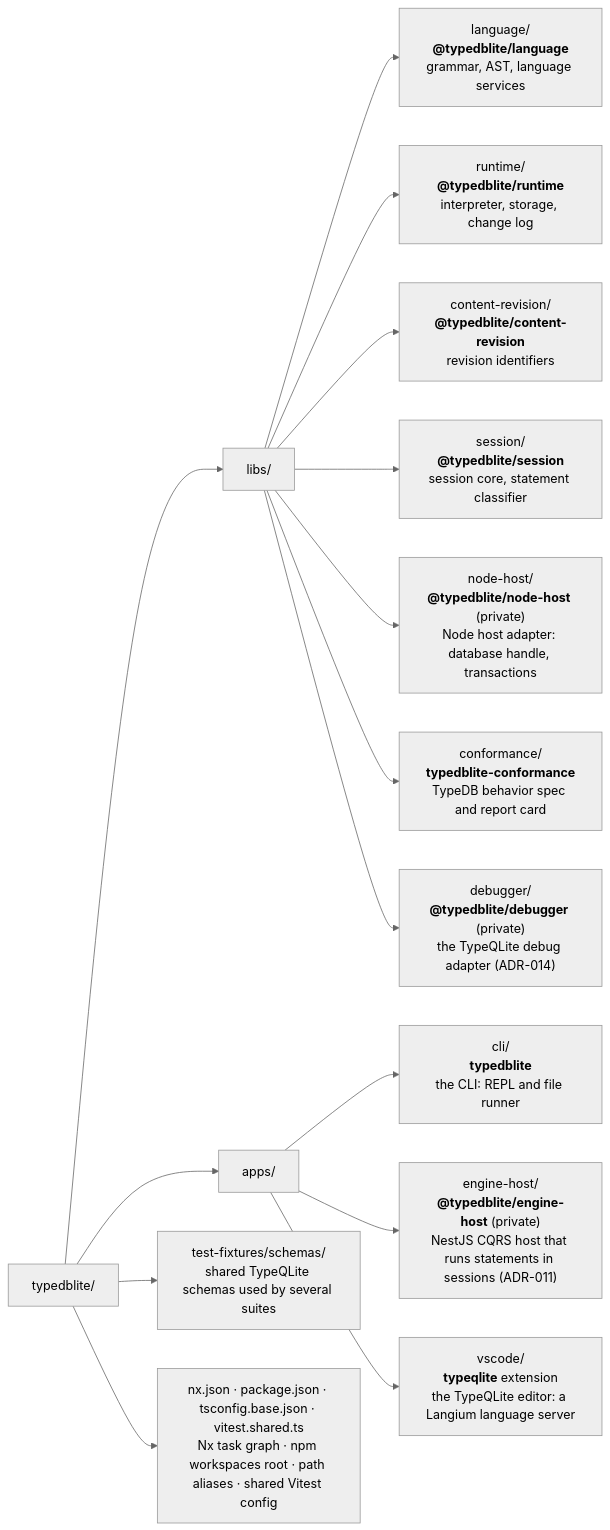
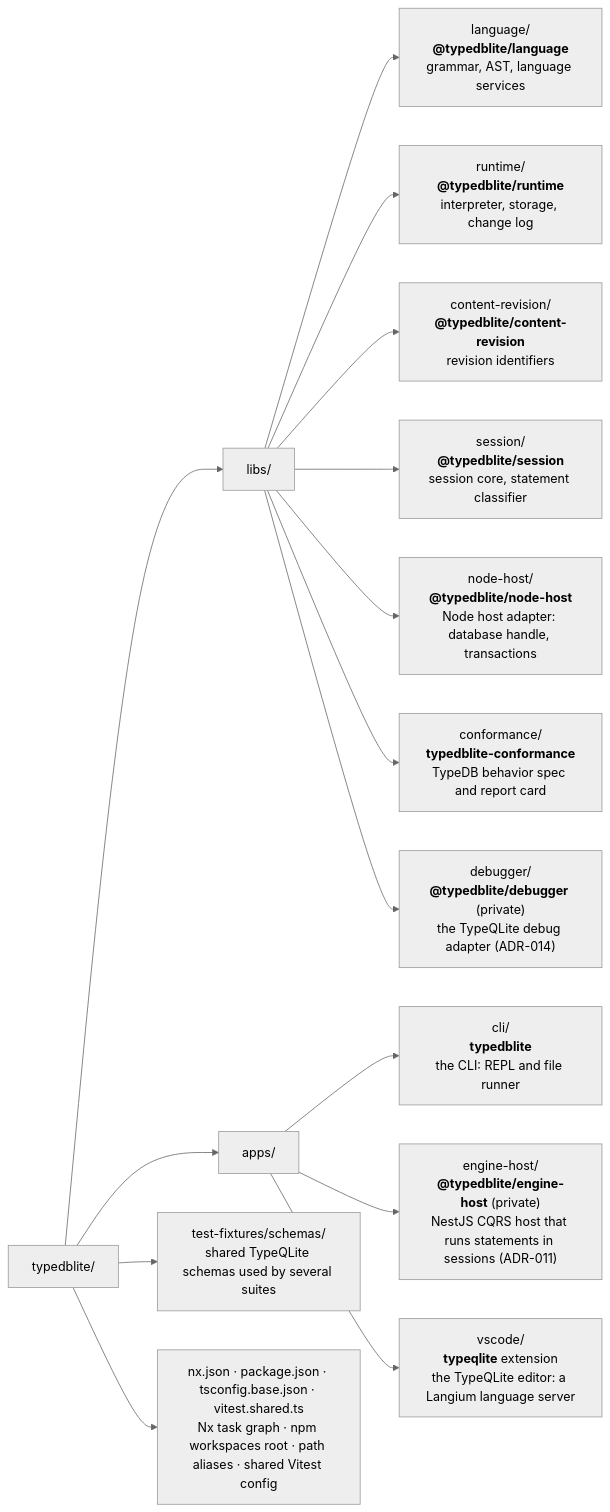
Before and after one commit to typedblite/typedblite: the first of 2 diagrams in AGENTS.md, drawn with Mermaid (neutral theme). The commit also changed other lines of this file and 16 other files, not shown here.

First line of the commit message:
build(node-host): publish @typedblite/node-host to npm

````diff
--- a/AGENTS.md
+++ b/AGENTS.md
@@ -9,17 +9,17 @@
 ```mermaid
 flowchart LR
   root["typedblite/"] --> libs["libs/"]
   root --> apps["apps/"]
   root --> fixtures["test-fixtures/schemas/<br/>shared TypeQLite schemas used by several suites"]
   root --> config["nx.json · package.json · tsconfig.base.json · vitest.shared.ts<br/>Nx task graph · npm workspaces root · path aliases · shared Vitest config"]
   libs --> language["language/<br/><b>@typedblite/language</b><br/>grammar, AST, language services"]
   libs --> runtime["runtime/<br/><b>@typedblite/runtime</b><br/>interpreter, storage, change log"]
   libs --> revision["content-revision/<br/><b>@typedblite/content-revision</b><br/>revision identifiers"]
   libs --> session["session/<br/><b>@typedblite/session</b><br/>session core, statement classifier"]
-  libs --> nodehost["node-host/<br/><b>@typedblite/node-host</b> (private)<br/>Node host adapter: database handle, transactions"]
+  libs --> nodehost["node-host/<br/><b>@typedblite/node-host</b><br/>Node host adapter: database handle, transactions"]
   libs --> conformance["conformance/<br/><b>typedblite-conformance</b><br/>TypeDB behavior spec and report card"]
   libs --> debugger["debugger/<br/><b>@typedblite/debugger</b> (private)<br/>the TypeQLite debug adapter (ADR-014)"]
   apps --> cli["cli/<br/><b>typedblite</b><br/>the CLI: REPL and file runner"]
   apps --> host["engine-host/<br/><b>@typedblite/engine-host</b> (private)<br/>NestJS CQRS host that runs statements in sessions (ADR-011)"]
   apps --> vscode["vscode/<br/><b>typeqlite</b> extension<br/>the TypeQLite editor: a Langium language server"]
 ```
````
